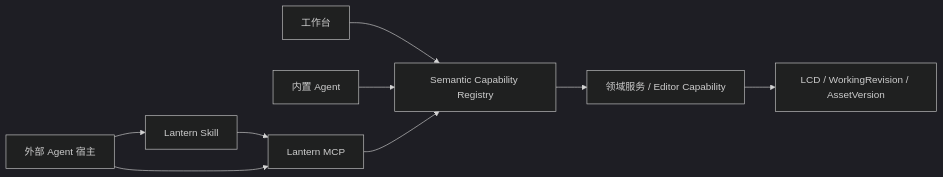
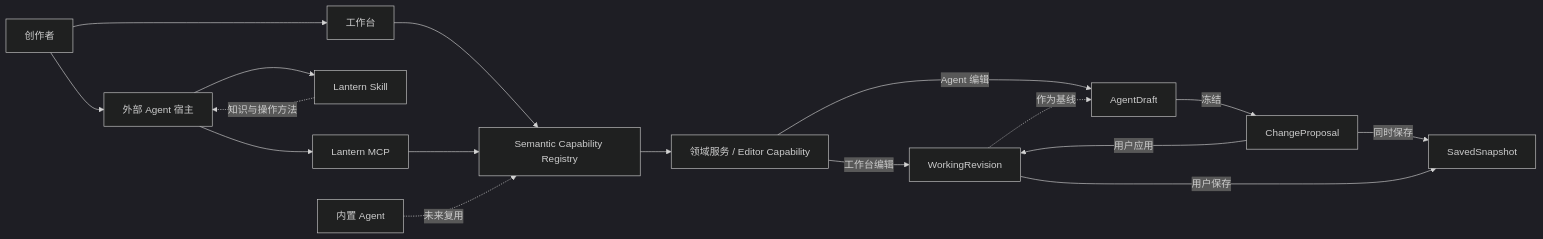
Before and after one commit to lanseqingling/lantern: the diagram in docs/agent.md, drawn with Mermaid (dark theme). The commit also changed other lines of this file and 12 other files, not shown here.

Commit message:
feat: refocus agent experience on MCP workflows

````diff
--- a/docs/agent.md
+++ b/docs/agent.md
@@ -43,20 +42,32 @@
 ```mermaid
 flowchart LR
+  USER["创作者"]
   UI["工作台"]
-  IA["内置 Agent"]
-  EA["外部 Agent 宿主"]
-  SK["Lantern Skill"]
+  HOST["外部 Agent 宿主"]
+  SKILL["Lantern Skill"]
   MCP["Lantern MCP"]
+  INTERNAL["内置 Agent"]
   CAP["Semantic Capability Registry"]
-  DOM["领域服务 / Editor Capability"]
-  LCD["LCD / WorkingRevision / AssetVersion"]
+  DOMAIN["领域服务 / Editor Capability"]
+  REV["WorkingRevision"]
+  DRAFT["AgentDraft"]
+  PROPOSAL["ChangeProposal"]
+  SNAPSHOT["SavedSnapshot"]
 
+  USER --> UI
+  USER --> HOST
   UI --> CAP
-  IA --> CAP
-  EA --> SK
-  SK --> MCP
-  EA --> MCP
+  HOST --> SKILL
+  HOST --> MCP
+  SKILL -.知识与操作方法.-> HOST
   MCP --> CAP
-  CAP --> DOM
-  DOM --> LCD
+  INTERNAL -.未来复用.-> CAP
+  CAP --> DOMAIN
+  DOMAIN -->|工作台编辑| REV
+  DOMAIN -->|Agent 编辑| DRAFT
+  REV -.作为基线.-> DRAFT
+  DRAFT -->|冻结| PROPOSAL
+  PROPOSAL -->|用户应用| REV
+  PROPOSAL -->|同时保存| SNAPSHOT
+  REV -->|用户保存| SNAPSHOT
 ```
````
